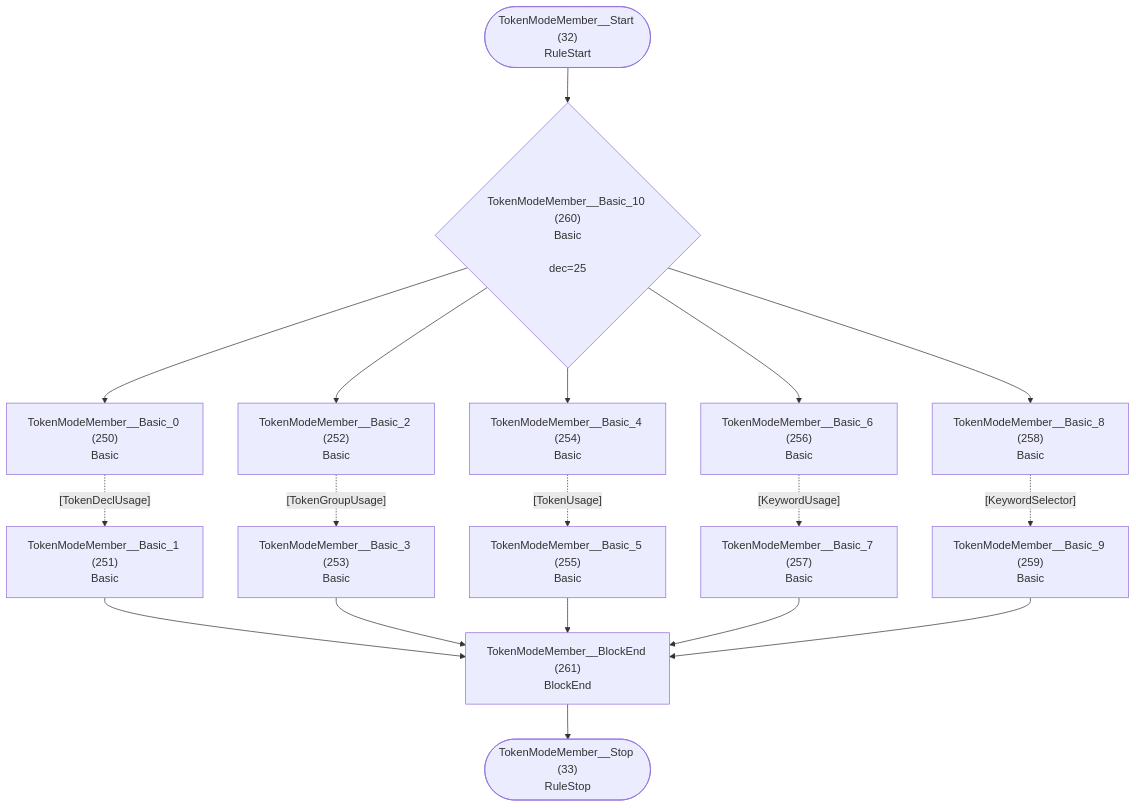
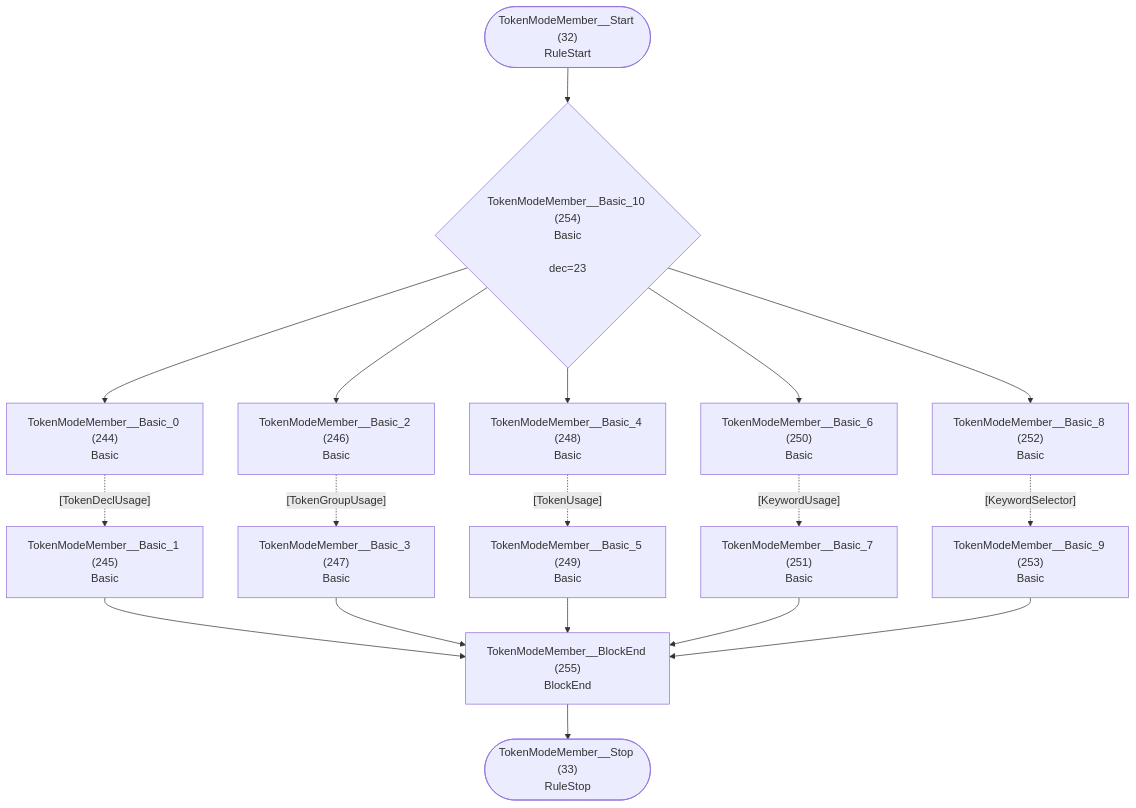
Before and after one commit to TypeFox/fastbelt: diagram 17 of 40 in internal/grammar/atn.md, drawn with Mermaid. The commit also changed other lines of this file and 12 other files, not shown here.

Commit message:
Removed modifier and command from token group

````diff
--- a/internal/grammar/atn.md
+++ b/internal/grammar/atn.md
@@ -540,35 +526,35 @@
 ```mermaid
 flowchart TD
     q32(["TokenModeMember__Start (32)<br/>RuleStart"])
     q33(["TokenModeMember__Stop (33)<br/>RuleStop"])
-    q250["TokenModeMember__Basic_0 (250)<br/>Basic<br/>"]
-    q251["TokenModeMember__Basic_1 (251)<br/>Basic<br/>"]
-    q252["TokenModeMember__Basic_2 (252)<br/>Basic<br/>"]
-    q253["TokenModeMember__Basic_3 (253)<br/>Basic<br/>"]
-    q254["TokenModeMember__Basic_4 (254)<br/>Basic<br/>"]
-    q255["TokenModeMember__Basic_5 (255)<br/>Basic<br/>"]
-    q256["TokenModeMember__Basic_6 (256)<br/>Basic<br/>"]
-    q257["TokenModeMember__Basic_7 (257)<br/>Basic<br/>"]
-    q258["TokenModeMember__Basic_8 (258)<br/>Basic<br/>"]
-    q259["TokenModeMember__Basic_9 (259)<br/>Basic<br/>"]
-    q260{"TokenModeMember__Basic_10 (260)<br/>Basic<br/><br/>dec=25"}
-    q261["TokenModeMember__BlockEnd (261)<br/>BlockEnd<br/>"]
+    q244["TokenModeMember__Basic_0 (244)<br/>Basic<br/>"]
+    q245["TokenModeMember__Basic_1 (245)<br/>Basic<br/>"]
+    q246["TokenModeMember__Basic_2 (246)<br/>Basic<br/>"]
+    q247["TokenModeMember__Basic_3 (247)<br/>Basic<br/>"]
+    q248["TokenModeMember__Basic_4 (248)<br/>Basic<br/>"]
+    q249["TokenModeMember__Basic_5 (249)<br/>Basic<br/>"]
+    q250["TokenModeMember__Basic_6 (250)<br/>Basic<br/>"]
+    q251["TokenModeMember__Basic_7 (251)<br/>Basic<br/>"]
+    q252["TokenModeMember__Basic_8 (252)<br/>Basic<br/>"]
+    q253["TokenModeMember__Basic_9 (253)<br/>Basic<br/>"]
+    q254{"TokenModeMember__Basic_10 (254)<br/>Basic<br/><br/>dec=23"}
+    q255["TokenModeMember__BlockEnd (255)<br/>BlockEnd<br/>"]
 
-    q32 --> q260
-    q250 -.->|"[TokenDeclUsage]"| q251
-    q251 --> q261
-    q252 -.->|"[TokenGroupUsage]"| q253
-    q253 --> q261
-    q254 -.->|"[TokenUsage]"| q255
-    q255 --> q261
-    q256 -.->|"[KeywordUsage]"| q257
-    q257 --> q261
-    q258 -.->|"[KeywordSelector]"| q259
-    q259 --> q261
-    q260 --> q250
-    q260 --> q252
-    q260 --> q254
-    q260 --> q256
-    q260 --> q258
-    q261 --> q33
+    q32 --> q254
+    q244 -.->|"[TokenDeclUsage]"| q245
+    q245 --> q255
+    q246 -.->|"[TokenGroupUsage]"| q247
+    q247 --> q255
+    q248 -.->|"[TokenUsage]"| q249
+    q249 --> q255
+    q250 -.->|"[KeywordUsage]"| q251
+    q251 --> q255
+    q252 -.->|"[KeywordSelector]"| q253
+    q253 --> q255
+    q254 --> q244
+    q254 --> q246
+    q254 --> q248
+    q254 --> q250
+    q254 --> q252
+    q255 --> q33
 ```
````
